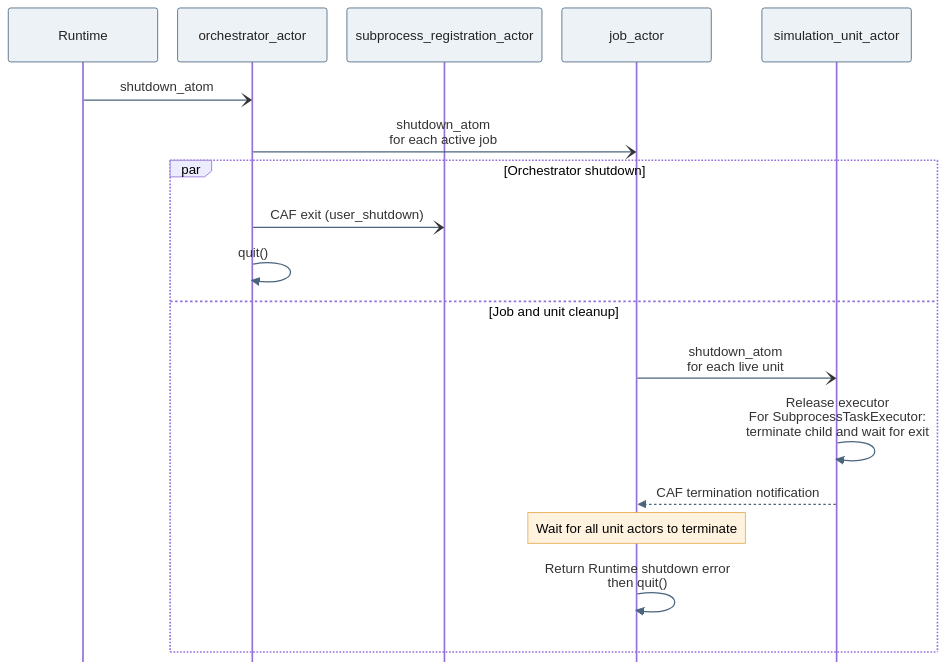
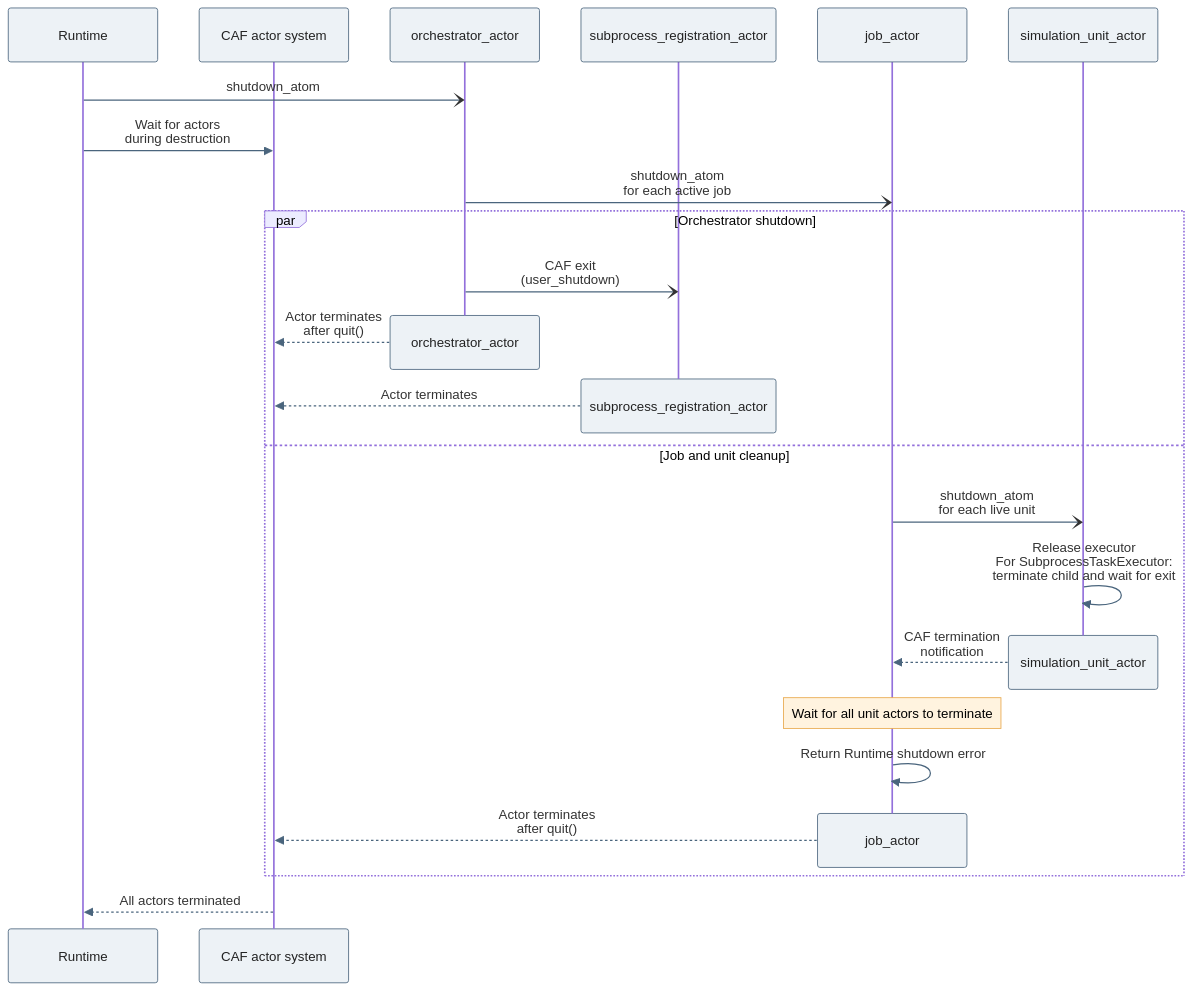
The diagram in docs/diagrams/runtime_shutdown.mmd (uofs-simlab/miaow-framework), drawn with Mermaid before and after one commit. The commit also changed 4 other files, not shown here.

Commit message:
update architecture diagrams

```diff
--- a/docs/diagrams/runtime_shutdown.mmd
+++ b/docs/diagrams/runtime_shutdown.mmd
@@ -1,40 +1,49 @@
 ---
 config:
   sequence:
     useMaxWidth: true
-    mirrorActors: false
+    mirrorActors: true
     width: 180
-    actorMargin: 24
+    actorMargin: 50
     diagramMarginX: 16
     diagramMarginY: 12
     messageMargin: 18
     actorFontSize: 14
     messageFontSize: 14
     noteFontSize: 14
   themeVariables:
     actorBkg: "#edf2f6"
     actorBorder: "#4a657d"
     actorTextColor: "#222222"
     signalColor: "#4a657d"
     noteBkgColor: "#fff3df"
     noteBorderColor: "#e8a84b"
 ---
 sequenceDiagram
     participant R as Runtime
+    participant S as CAF actor system
     participant O as orchestrator_actor
     participant Reg as subprocess_registration_actor
     participant J as job_actor
     participant U as simulation_unit_actor
 
     R-)O: shutdown_atom
+    R->>S: Wait for actors<br/>during destruction
     O-)J: shutdown_atom<br/>for each active job
     par Orchestrator shutdown
-        O-)Reg: CAF exit (user_shutdown)
-        O->>O: quit()
+        O-)Reg: CAF exit<br/>(user_shutdown)
+        destroy O
+        O-->>S: Actor terminates<br/>after quit()
+        destroy Reg
+        Reg-->>S: Actor terminates
     and Job and unit cleanup
         J-)U: shutdown_atom<br/>for each live unit
         U->>U: Release executor<br/>For SubprocessTaskExecutor:<br/>terminate child and wait for exit
-        U-->>J: CAF termination notification
+        destroy U
+        U-->>J: CAF termination<br/>notification
         Note over J: Wait for all unit actors to terminate
-        J->>J: Return Runtime shutdown error<br/>then quit()
+        J->>J: Return Runtime shutdown error
+        destroy J
+        J-->>S: Actor terminates<br/>after quit()
     end
+    S-->>R: All actors terminated
```
